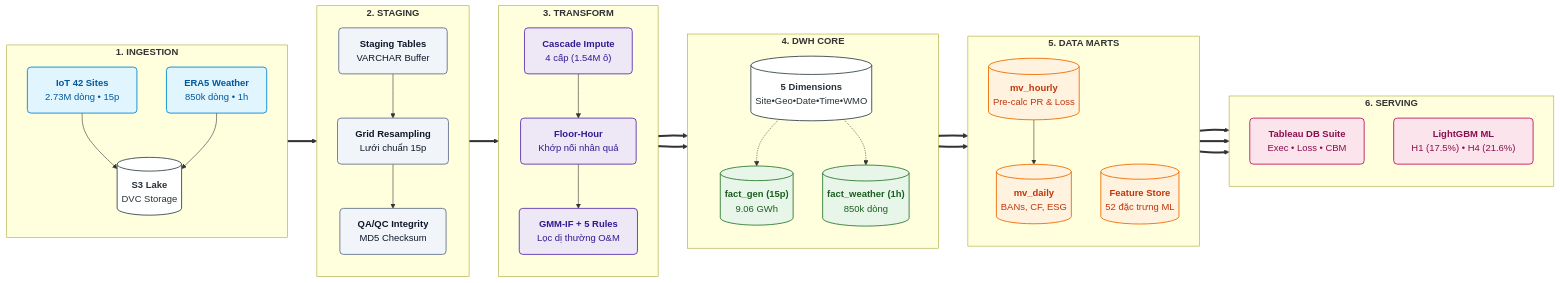
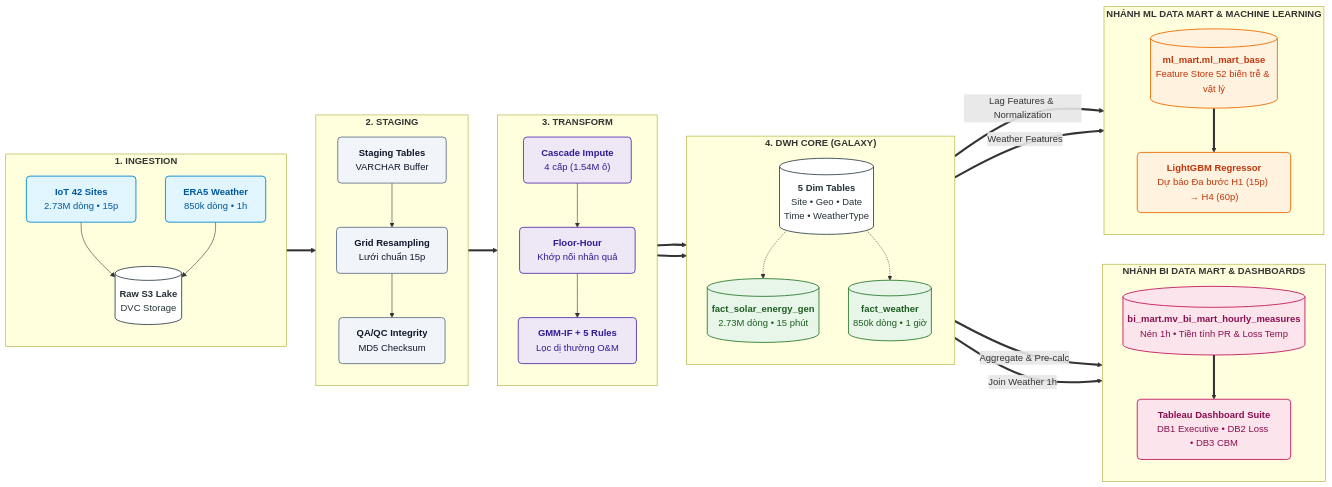
The second of 3 diagrams in README.md (nguyenvunhut/solar-engergy), drawn with Mermaid before and after one commit. The commit also changed other lines of this file and 1 other file, not shown here.

Commit message:
docs(reports): [SCRUM-8] cap nhat so do kien truc song song trong readme va data pipeline

````diff
--- a/README.md
+++ b/README.md
@@ -104,76 +100,78 @@
 ```mermaid
 flowchart LR
-    %% Bảng màu trực quan chuẩn hóa cho 6 tầng kiến trúc
+    %% Bảng màu trực quan chuẩn hóa cho các tầng kiến trúc
     classDef l1 fill:#E1F5FE,stroke:#0288D1,stroke-width:1.5px,color:#01579B,rx:6px,ry:6px;
     classDef l2 fill:#F1F5F9,stroke:#64748B,stroke-width:1.5px,color:#0F172A,rx:6px,ry:6px;
     classDef l3 fill:#EDE7F6,stroke:#5E35B1,stroke-width:1.5px,color:#311B92,rx:6px,ry:6px;
     classDef l4 fill:#E8F5E9,stroke:#2E7D32,stroke-width:1.5px,color:#1B5E20,rx:6px,ry:6px;
-    classDef l5 fill:#FFF3E0,stroke:#EF6C00,stroke-width:1.5px,color:#BF360C,rx:6px,ry:6px;
-    classDef l6 fill:#FCE4EC,stroke:#C2185B,stroke-width:1.5px,color:#880E4F,rx:6px,ry:6px;
+    classDef bi fill:#FCE4EC,stroke:#C2185B,stroke-width:1.5px,color:#880E4F,rx:6px,ry:6px;
+    classDef ml fill:#FFF3E0,stroke:#EF6C00,stroke-width:1.5px,color:#BF360C,rx:6px,ry:6px;
     classDef db fill:#FFFFFF,stroke:#37474F,stroke-width:1.5px,color:#263238,rx:4px,ry:4px;
 
     %% 1. INGESTION LAYER
     subgraph L1 ["<b>1. INGESTION</b>"]
         direction TB
         S1["<b>IoT 42 Sites</b><br/>2.73M dòng • 15p"]:::l1
         S2["<b>ERA5 Weather</b><br/>850k dòng • 1h"]:::l1
-        S3[("<b>S3 Lake</b><br/>DVC Storage")]:::db
+        S3[("<b>Raw S3 Lake</b><br/>DVC Storage")]:::db
         S1 --> S3
         S2 --> S3
     end
 
     %% 2. STAGING LAYER
     subgraph L2 ["<b>2. STAGING</b>"]
         direction TB
         ST1["<b>Staging Tables</b><br/>VARCHAR Buffer"]:::l2
         ST2["<b>Grid Resampling</b><br/>Lưới chuẩn 15p"]:::l2
         ST3["<b>QA/QC Integrity</b><br/>MD5 Checksum"]:::l2
         ST1 --> ST2 --> ST3
     end
 
     %% 3. TRANSFORM & CLEANING
     subgraph L3 ["<b>3. TRANSFORM</b>"]
         direction TB
         T1["<b>Cascade Impute</b><br/>4 cấp (1.54M ô)"]:::l3
         T2["<b>Floor-Hour</b><br/>Khớp nối nhân quả"]:::l3
         T3["<b>GMM-IF + 5 Rules</b><br/>Lọc dị thường O&M"]:::l3
         T1 --> T2 --> T3
     end
 
     %% 4. DWH CORE (GALAXY SCHEMA)
-    subgraph L4 ["<b>4. DWH CORE</b>"]
+    subgraph L4 ["<b>4. DWH CORE (GALAXY)</b>"]
         direction TB
-        D1[("<b>fact_gen (15p)</b><br/>9.06 GWh")]:::l4
-        D2[("<b>fact_weather (1h)</b><br/>850k dòng")]:::l4
-        D3[("<b>5 Dimensions</b><br/>Site•Geo•Date•Time•WMO")]:::db
+        D1[("<b>fact_solar_energy_gen</b><br/>2.73M dòng • 15 phút")]:::l4
+        D2[("<b>fact_weather</b><br/>850k dòng • 1 giờ")]:::l4
+        D3[("<b>5 Dim Tables</b><br/>Site • Geo • Date<br/>Time • WeatherType")]:::db
         D3 -.-> D1
         D3 -.-> D2
     end
 
-    %% 5. DATA MARTS LAYER
-    subgraph L5 ["<b>5. DATA MARTS</b>"]
+    %% NHÁNH 1: BI DATA MART & TABLEAU
+    subgraph BI_Branch ["<b>NHÁNH BI DATA MART & DASHBOARDS</b>"]
         direction TB
-        M1[("<b>mv_hourly</b><br/>Pre-calc PR & Loss")]:::l5
-        M2[("<b>mv_daily</b><br/>BANs, CF, ESG")]:::l5
-        M3[("<b>Feature Store</b><br/>52 đặc trưng ML")]:::l5
-        M1 --> M2
+        M_BI[("<b>bi_mart.mv_bi_mart_hourly_measures</b><br/>Nén 1h • Tiền tính PR & Loss Temp")]:::bi
+        A_BI["<b>Tableau Dashboard Suite</b><br/>DB1 Executive • DB2 Loss • DB3 CBM"]:::bi
+        M_BI ==> A_BI
     end
 
-    %% 6. SERVING & APPLICATIONS
-    subgraph L6 ["<b>6. SERVING</b>"]
+    %% NHÁNH 2: ML DATA MART & MACHINE LEARNING
+    subgraph ML_Branch ["<b>NHÁNH ML DATA MART & MACHINE LEARNING</b>"]
         direction TB
-        A1["<b>Tableau DB Suite</b><br/>Exec • Loss • CBM"]:::l6
-        A2["<b>LightGBM ML</b><br/>H1 (17.5%) • H4 (21.6%)"]:::l6
+        M_ML[("<b>ml_mart.ml_mart_base</b><br/>Feature Store 52 biến trễ & vật lý")]:::ml
+        A_ML["<b>LightGBM Regressor</b><br/>Dự báo Đa bước H1 (15p) &rarr; H4 (60p)"]:::ml
+        M_ML ==> A_ML
     end
 
     %% PIPELINE FLOW CONNECTIONS
     S3 ==> ST1
     ST3 ==> T1
     T3 ==> D1
     T2 ==> D2
-    D1 ==> M1
-    D1 ==> M3
-    M2 ==> A1
-    M1 ==> A1
-    M3 ==> A2
+
+    %% TÁCH NHÁNH SONG SONG TỪ DWH CORE
+    D1 ==>|Aggregate & Pre-calc| M_BI
+    D2 ==>|Join Weather 1h| M_BI
+
+    D1 ==>|Lag Features & Normalization| M_ML
+    D2 ==>|Weather Features| M_ML
 ```
````
